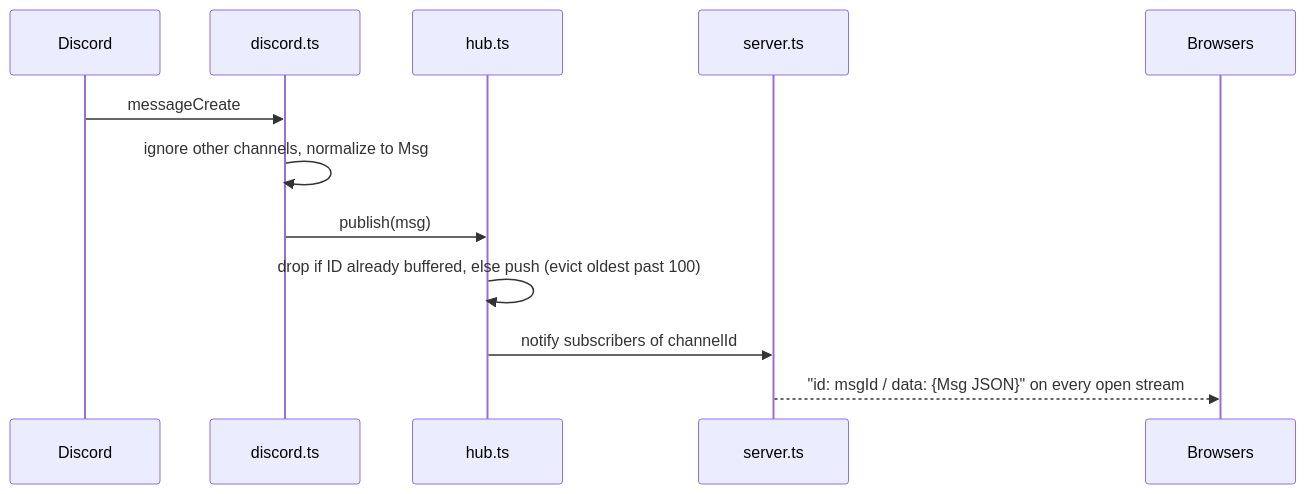
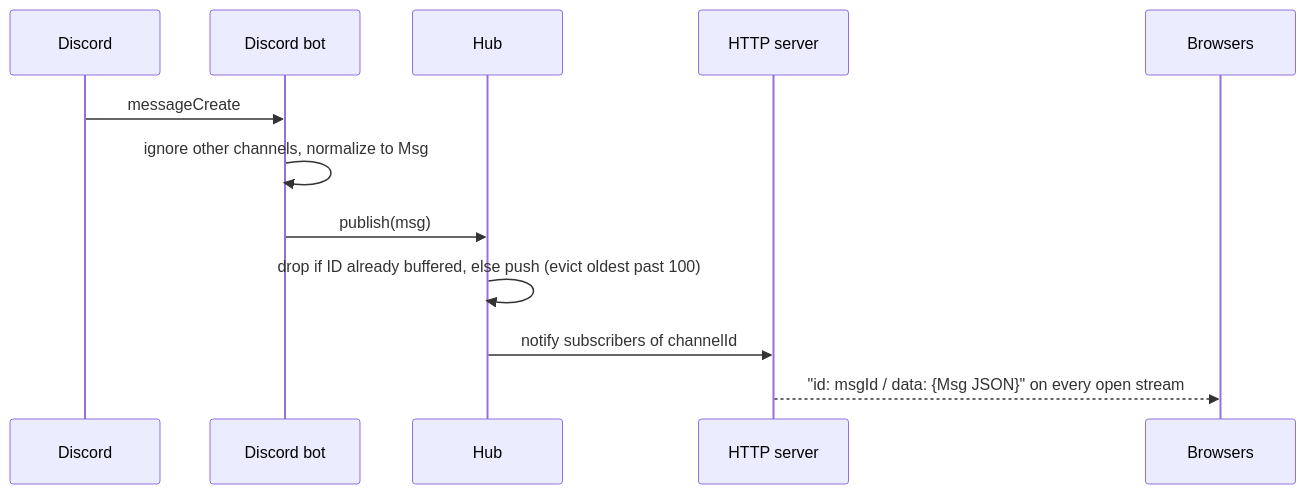
Before and after one commit to AmitKulkarni23/discord-relay: the third of 5 diagrams in docs/system-specs/architecture.md, drawn with Mermaid. The commit also changed other lines of this file and 3 other files, not shown here.

Commit message:
Move the Discord bot to backend/sources and wire dependencies in server.ts. Diagrams use component names instead of filenames.

````diff
--- a/docs/system-specs/architecture.md
+++ b/docs/system-specs/architecture.md
@@ -59,14 +65,14 @@
 ```mermaid
 sequenceDiagram
   participant D as Discord
-  participant B as discord.ts
-  participant H as hub.ts
-  participant S as server.ts
+  participant B as Discord bot
+  participant H as Hub
+  participant S as HTTP server
   participant W as Browsers
   D->>B: messageCreate
   B->>B: ignore other channels, normalize to Msg
   B->>H: publish(msg)
   H->>H: drop if ID already buffered, else push (evict oldest past 100)
   H->>S: notify subscribers of channelId
   S-->>W: "id: msgId / data: {Msg JSON}" on every open stream
 ```
````
